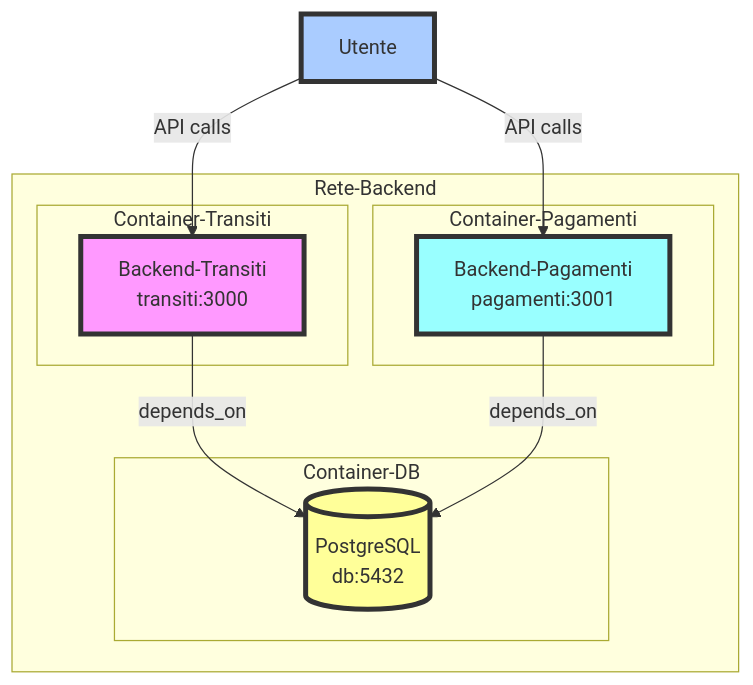
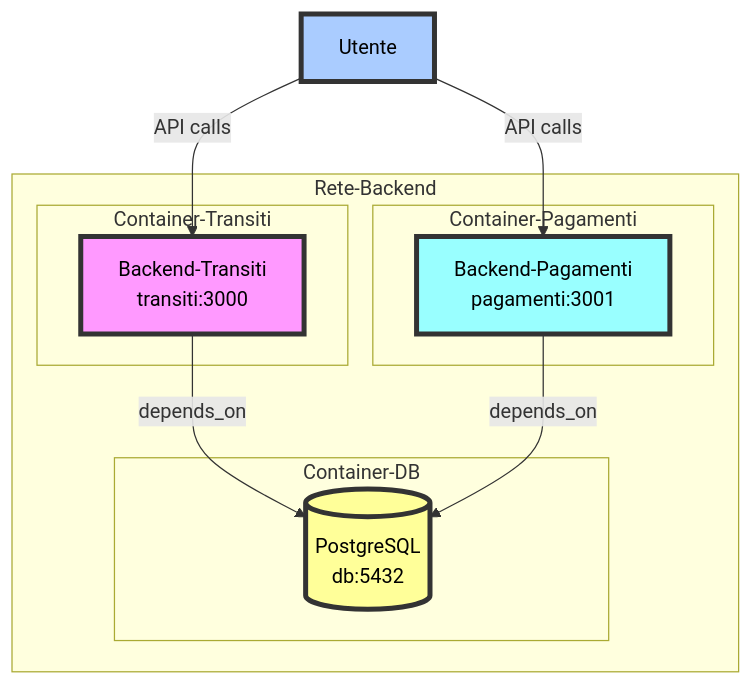
One commit to Arianna6400/Adv_Prog changed the first of 12 diagrams in README.md. Above: the diagram before and after it, drawn with Mermaid. The commit also changed other lines of this file, not shown here.

````diff
--- a/README.md
+++ b/README.md
@@ -24,26 +33,26 @@
 ```mermaid
 graph TD;
     subgraph Rete-Backend
         subgraph Container-Transiti
             transiti[Backend-Transiti<br>transiti:3000]
         end
         subgraph Container-Pagamenti
             pagamenti[Backend-Pagamenti<br>pagamenti:3001]
         end
         subgraph Container-DB
             db[(PostgreSQL<br>db:5432)]
         end
     end
 
     user[Utente]
     
     user --> |API calls| transiti
     user --> |API calls| pagamenti
     transiti --> |depends_on| db
     pagamenti --> |depends_on| db
 
-    style transiti fill:#f9f,stroke:#333,stroke-width:4px
-    style pagamenti fill:#9ff,stroke:#333,stroke-width:4px
-    style db fill:#ff9,stroke:#333,stroke-width:4px
-    style user fill:#acf,stroke:#333,stroke-width:4px
+    style transiti fill:#f9f,stroke:#333,stroke-width:4px,color:#000
+    style pagamenti fill:#9ff,stroke:#333,stroke-width:4px,color:#000
+    style db fill:#ff9,stroke:#333,stroke-width:4px,color:#000
+    style user fill:#acf,stroke:#333,stroke-width:4px,color:#000
 ```
````
